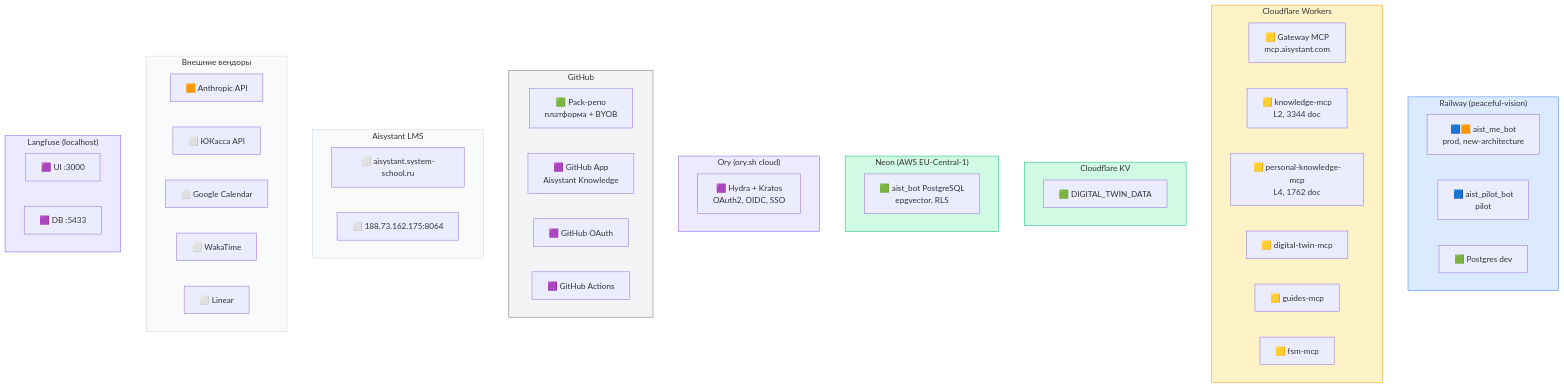
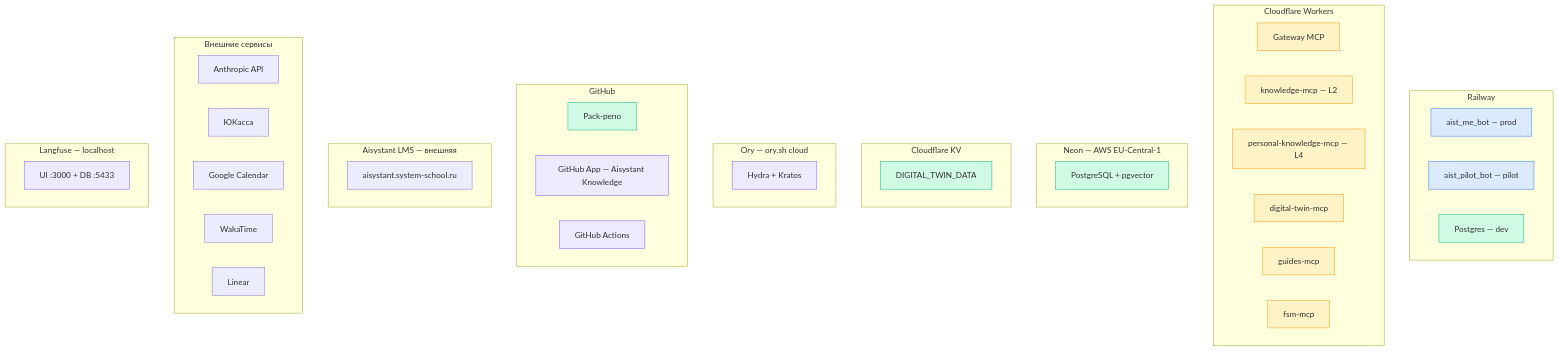
Before and after one commit to TserenTserenov/DS-ecosystem-development: the first of 3 diagrams in C.IT-Platform/C2.IT-Platform/C2.2.Architecture/Stack-and-Infrastructure/deployment.md, drawn with Mermaid. The commit also changed other lines of this file, not shown here.

First line of the commit message:
fix(WP-159): чистка deployment-диаграммы — короткие подписи, проверенные факты

````diff
--- a/C.IT-Platform/C2.IT-Platform/C2.2.Architecture/Stack-and-Infrastructure/deployment.md
+++ b/C.IT-Platform/C2.IT-Platform/C2.2.Architecture/Stack-and-Infrastructure/deployment.md
@@ -17,64 +15,68 @@
 ```mermaid
 graph TB
-    subgraph RAILWAY["Railway (peaceful-vision)"]
-        BOT["🟦🟧 aist_me_bot\nprod, new-architecture"]
-        PILOT["🟦 aist_pilot_bot\npilot"]
-        PG_DEV["🟩 Postgres dev"]
+    subgraph RAILWAY["Railway"]
+        BOT["aist_me_bot — prod"]
+        PILOT["aist_pilot_bot — pilot"]
+        PG_DEV["Postgres — dev"]
     end
 
     subgraph CF["Cloudflare Workers"]
-        GW["🟨 Gateway MCP\nmcp.aisystant.com"]
-        KN["🟨 knowledge-mcp\nL2, 3344 doc"]
-        PKN["🟨 personal-knowledge-mcp\nL4, 1762 doc"]
-        DT["🟨 digital-twin-mcp"]
-        GU["🟨 guides-mcp"]
-        FSM["🟨 fsm-mcp"]
+        GW["Gateway MCP"]
+        KN["knowledge-mcp — L2"]
+        PKN["personal-knowledge-mcp — L4"]
+        DT["digital-twin-mcp"]
+        GU["guides-mcp"]
+        FSM["fsm-mcp"]
+    end
+
+    subgraph NEON["Neon — AWS EU-Central-1"]
+        DB["PostgreSQL + pgvector"]
     end
 
     subgraph CF_KV["Cloudflare KV"]
-        KV["🟩 DIGITAL_TWIN_DATA"]
+        KV["DIGITAL_TWIN_DATA"]
     end
 
-    subgraph NEON["Neon (AWS EU-Central-1)"]
-        DB["🟩 aist_bot PostgreSQL\nepgvector, RLS"]
-    end
-
-    subgraph ORY["Ory (ory.sh cloud)"]
-        ORY_SVC["🟪 Hydra + Kratos\nOAuth2, OIDC, SSO"]
+    subgraph ORY["Ory — ory.sh cloud"]
+        ORY_SVC["Hydra + Kratos"]
     end
 
     subgraph GITHUB["GitHub"]
-        REPOS["🟩 Pack-репо\nплатформа + BYOB"]
-        APP["🟪 GitHub App\nAisystant Knowledge"]
-        OAUTH["🟪 GitHub OAuth"]
-        ACTIONS["🟪 GitHub Actions"]
+        REPOS["Pack-репо"]
+        APP["GitHub App — Aisystant Knowledge"]
+        ACTIONS["GitHub Actions"]
     end
 
-    subgraph LMS["Aisystant LMS"]
-        LMS_PROD["⬜ aisystant.system-school.ru"]
-        LMS_STG["⬜ 188.73.162.175:8064"]
+    subgraph LMS["Aisystant LMS — внешняя"]
+        LMS_PROD["aisystant.system-school.ru"]
     end
 
-    subgraph VENDORS["Внешние вендоры"]
-        ANTH["🟧 Anthropic API"]
-        YOOKASSA["⬜ ЮКасса API"]
-        GCAL["⬜ Google Calendar"]
-        WAKA["⬜ WakaTime"]
-        LIN["⬜ Linear"]
+    subgraph VENDORS["Внешние сервисы"]
+        ANTH["Anthropic API"]
+        YOOKASSA["ЮКасса"]
+        GCAL["Google Calendar"]
+        WAKA["WakaTime"]
+        LIN["Linear"]
     end
 
-    subgraph LANGFUSE["Langfuse (localhost)"]
-        LF_UI["🟪 UI :3000"]
-        LF_DB["🟪 DB :5433"]
+    subgraph LANGFUSE["Langfuse — localhost"]
+        LF["UI :3000 + DB :5433"]
     end
 
-    style RAILWAY fill:#dbeafe,stroke:#3b82f6
-    style CF fill:#fef3c7,stroke:#f59e0b
-    style CF_KV fill:#d1fae5,stroke:#10b981
-    style NEON fill:#d1fae5,stroke:#10b981
-    style ORY fill:#ede9fe,stroke:#8b5cf6
-    style GITHUB fill:#f3f4f6,stroke:#6b7280
-    style LMS fill:#f9fafb,stroke:#d1d5db
-    style VENDORS fill:#f9fafb,stroke:#d1d5db
-    style LANGFUSE fill:#ede9fe,stroke:#8b5cf6
+    style BOT fill:#dbeafe,stroke:#3b82f6
+    style PILOT fill:#dbeafe,stroke:#3b82f6
+    style GW fill:#fef3c7,stroke:#f59e0b
+    style KN fill:#fef3c7,stroke:#f59e0b
+    style PKN fill:#fef3c7,stroke:#f59e0b
+    style DT fill:#fef3c7,stroke:#f59e0b
+    style GU fill:#fef3c7,stroke:#f59e0b
+    style FSM fill:#fef3c7,stroke:#f59e0b
+    style DB fill:#d1fae5,stroke:#10b981
+    style KV fill:#d1fae5,stroke:#10b981
+    style PG_DEV fill:#d1fae5,stroke:#10b981
+    style REPOS fill:#d1fae5,stroke:#10b981
+    style ORY_SVC fill:#ede9fe,stroke:#8b5cf6
+    style APP fill:#ede9fe,stroke:#8b5cf6
+    style ACTIONS fill:#ede9fe,stroke:#8b5cf6
+    style LF fill:#ede9fe,stroke:#8b5cf6
 ```
````
